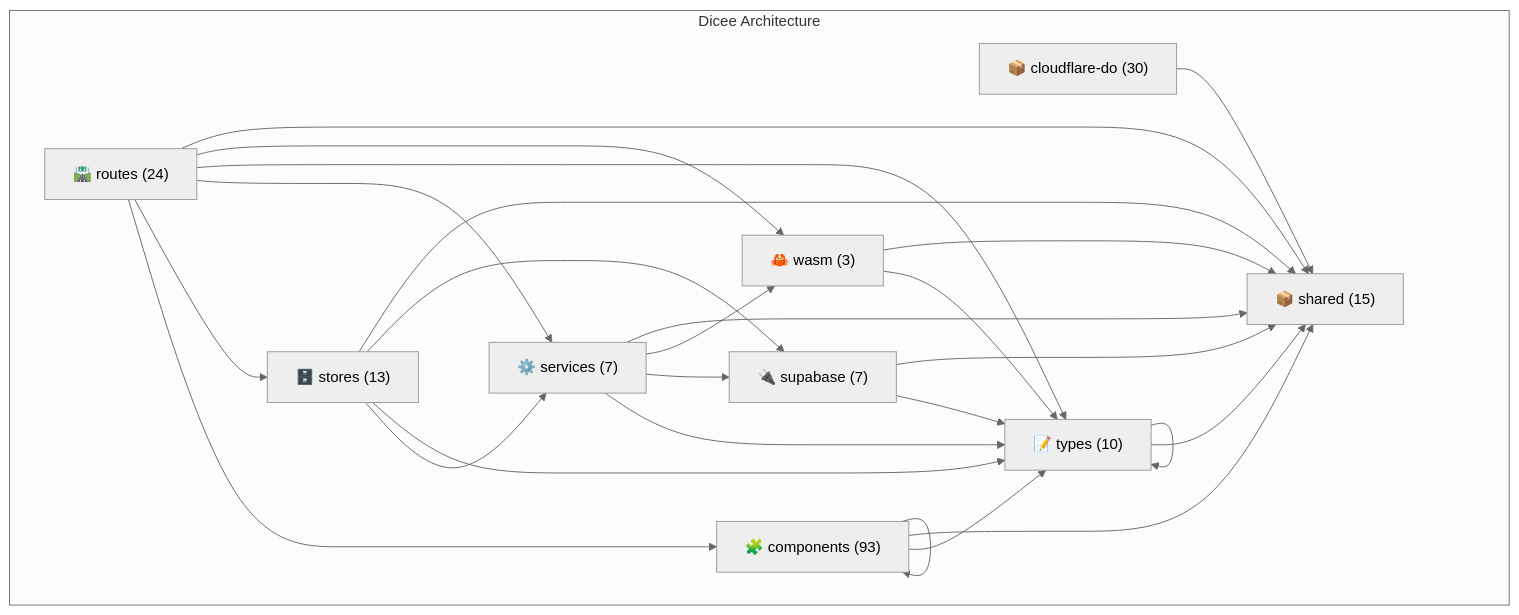
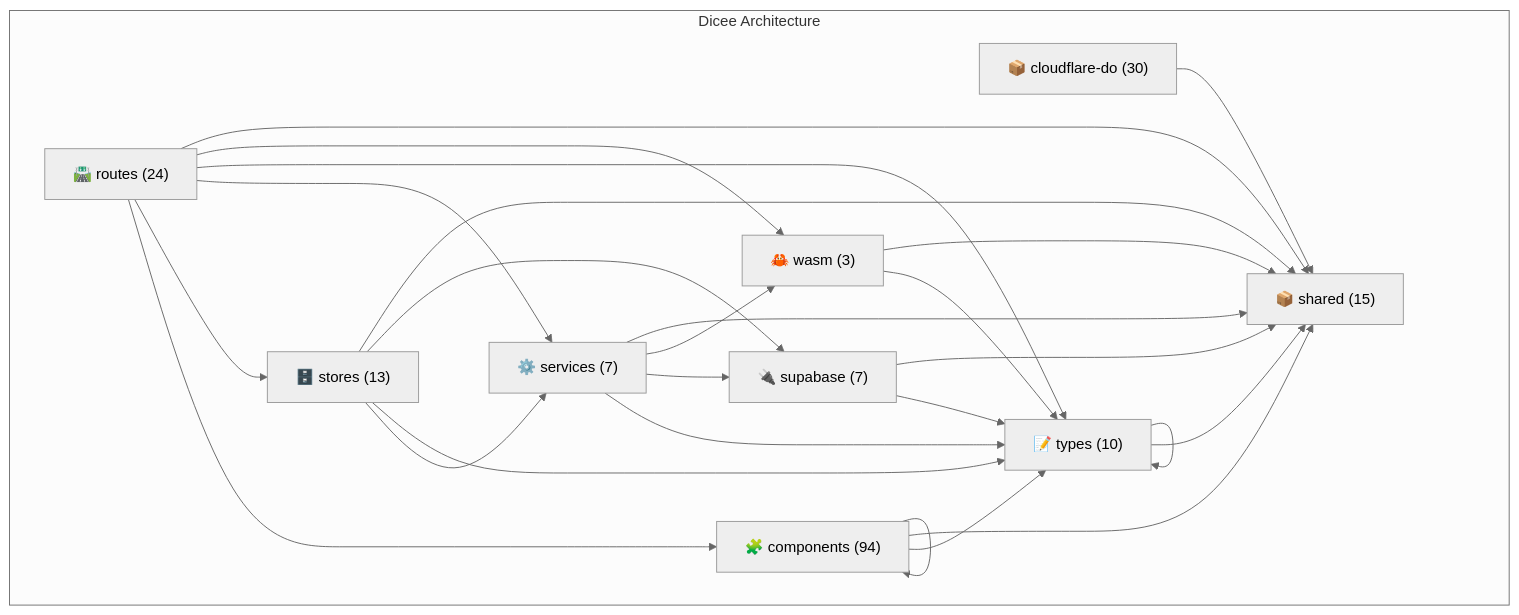
The diagram in docs/architecture/akg/diagrams/LAYER_ARCHITECTURE.md (verlyn13/dicee), drawn with Mermaid (neutral theme) before and after one commit. The commit also changed other lines of this file and 13 other files, not shown here.

First line of the commit message:
feat(ux): redesign waiting room with simplified invite flow

````diff
--- a/docs/architecture/akg/diagrams/LAYER_ARCHITECTURE.md
+++ b/docs/architecture/akg/diagrams/LAYER_ARCHITECTURE.md
@@ -16,39 +16,39 @@
 ```mermaid
 flowchart TB
     subgraph "Dicee Architecture"
         shared["📦 shared (15)"]
         cloudflare_do["📦 cloudflare-do (30)"]
         routes["🛣️ routes (24)"]
-        components["🧩 components (93)"]
+        components["🧩 components (94)"]
         stores["🗄️ stores (13)"]
         services["⚙️ services (7)"]
         types["📝 types (10)"]
         supabase["🔌 supabase (7)"]
         wasm["🦀 wasm (3)"]
     end
 
     cloudflare_do --> shared
     routes --> components
     routes --> stores
     routes --> services
     routes --> types
     routes --> wasm
     routes --> shared
     components --> components
     components --> types
     components --> shared
     stores --> services
     stores --> types
     stores --> supabase
     stores --> shared
     services --> types
     services --> supabase
     services --> wasm
     services --> shared
     types --> types
     types --> shared
     supabase --> types
     supabase --> shared
     wasm --> types
     wasm --> shared
 ```
````
